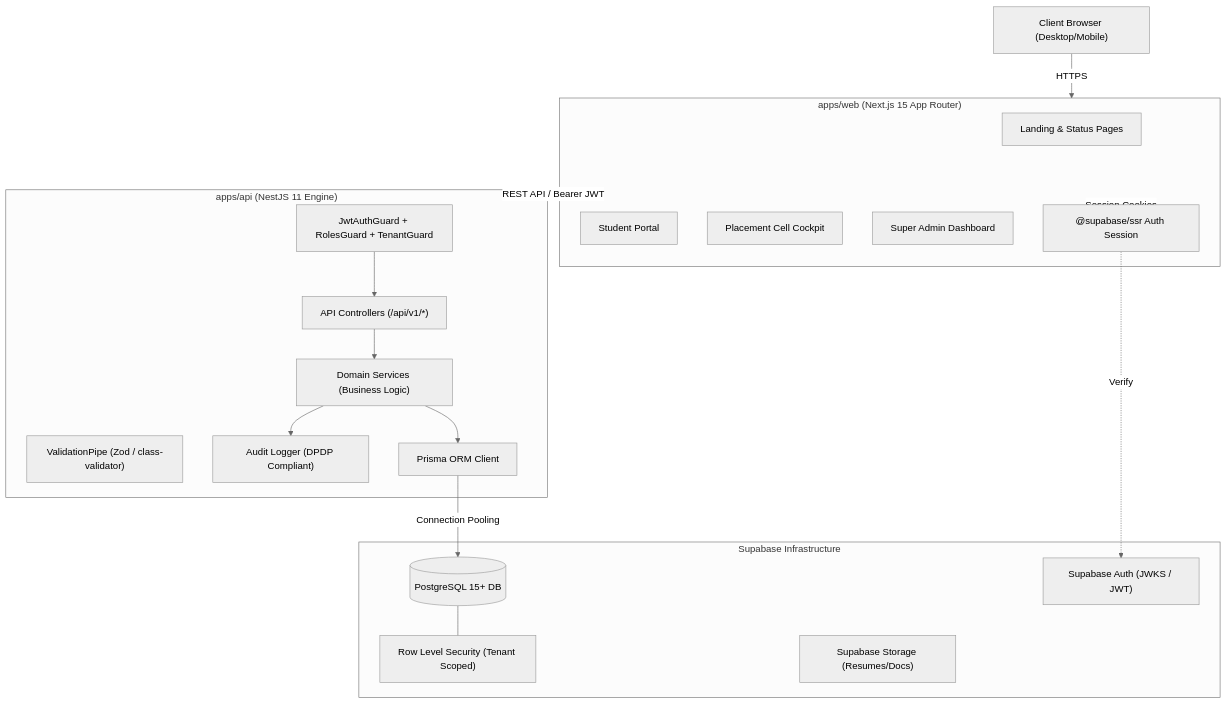
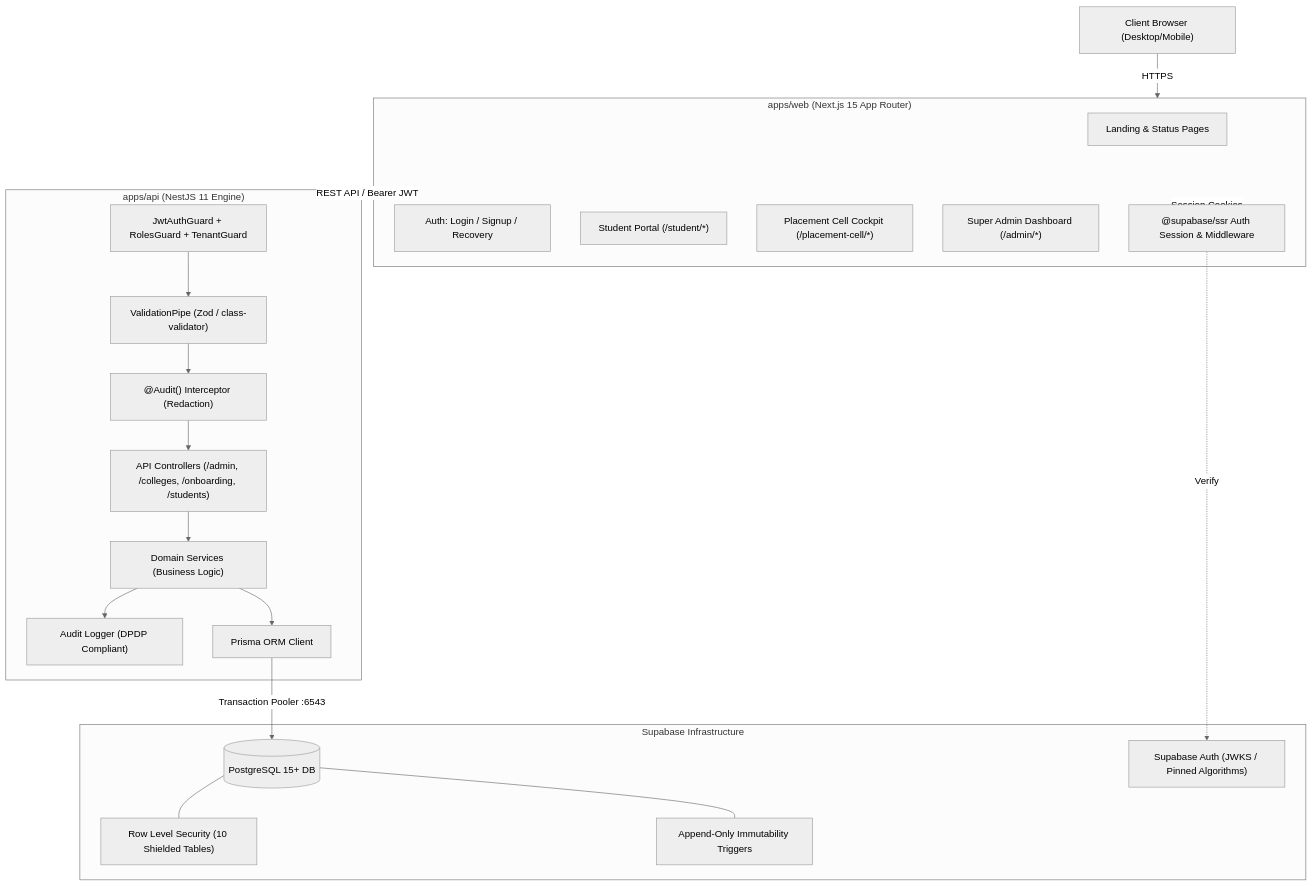
The diagram in docs/architecture.md (Sudarshan77-tech/CampusEdge), drawn with Mermaid (neutral theme) before and after one commit. The commit also changed other lines of this file and 11 other files, not shown here.

Commit message:
docs(phase-1): document ADR 0002, add auth-flows skill and rule 08, update architecture and roadmap, and add Playwright e2e suite

````diff
--- a/docs/architecture.md
+++ b/docs/architecture.md
@@ -5,39 +5,44 @@
 ```mermaid
 graph TD
     ClientBrowser["Client Browser (Desktop/Mobile)"]
 
     subgraph Frontend ["apps/web (Next.js 15 App Router)"]
         LandingPage["Landing & Status Pages"]
-        StudentUI["Student Portal"]
-        TPOUI["Placement Cell Cockpit"]
-        AdminUI["Super Admin Dashboard"]
-        SSRAuth["@supabase/ssr Auth Session"]
+        AuthPages["Auth: Login / Signup / Recovery"]
+        StudentUI["Student Portal (/student/*)"]
+        TPOUI["Placement Cell Cockpit (/placement-cell/*)"]
+        AdminUI["Super Admin Dashboard (/admin/*)"]
+        SSRAuth["@supabase/ssr Auth Session & Middleware"]
     end
 
     subgraph Backend ["apps/api (NestJS 11 Engine)"]
         GuardLayer["JwtAuthGuard + RolesGuard + TenantGuard"]
         ValidationLayer["ValidationPipe (Zod / class-validator)"]
-        Controllers["API Controllers (/api/v1/*)"]
+        AuditInterceptor["@Audit() Interceptor (Redaction)"]
+        Controllers["API Controllers (/admin, /colleges, /onboarding, /students)"]
         Services["Domain Services (Business Logic)"]
         AuditService["Audit Logger (DPDP Compliant)"]
         PrismaService["Prisma ORM Client"]
     end
 
     subgraph DatabaseLayer ["Supabase Infrastructure"]
         PostgresDB[(PostgreSQL 15+ DB)]
-        RLS["Row Level Security (Tenant Scoped)"]
-        SupabaseAuth["Supabase Auth (JWKS / JWT)"]
-        SupabaseStorage["Supabase Storage (Resumes/Docs)"]
+        RLS["Row Level Security (10 Shielded Tables)"]
+        Triggers["Append-Only Immutability Triggers"]
+        SupabaseAuth["Supabase Auth (JWKS / Pinned Algorithms)"]
     end
 
     ClientBrowser -->|HTTPS| Frontend
     Frontend -->|Session Cookies| SSRAuth
     Frontend -->|REST API / Bearer JWT| Backend
-    GuardLayer --> Controllers
+    GuardLayer --> ValidationLayer
+    ValidationLayer --> AuditInterceptor
+    AuditInterceptor --> Controllers
     Controllers --> Services
     Services --> AuditService
     Services --> PrismaService
-    PrismaService -->|Connection Pooling| PostgresDB
+    PrismaService -->|Transaction Pooler :6543| PostgresDB
     PostgresDB --- RLS
+    PostgresDB --- Triggers
     SSRAuth -.->|Verify| SupabaseAuth
 ```
````
